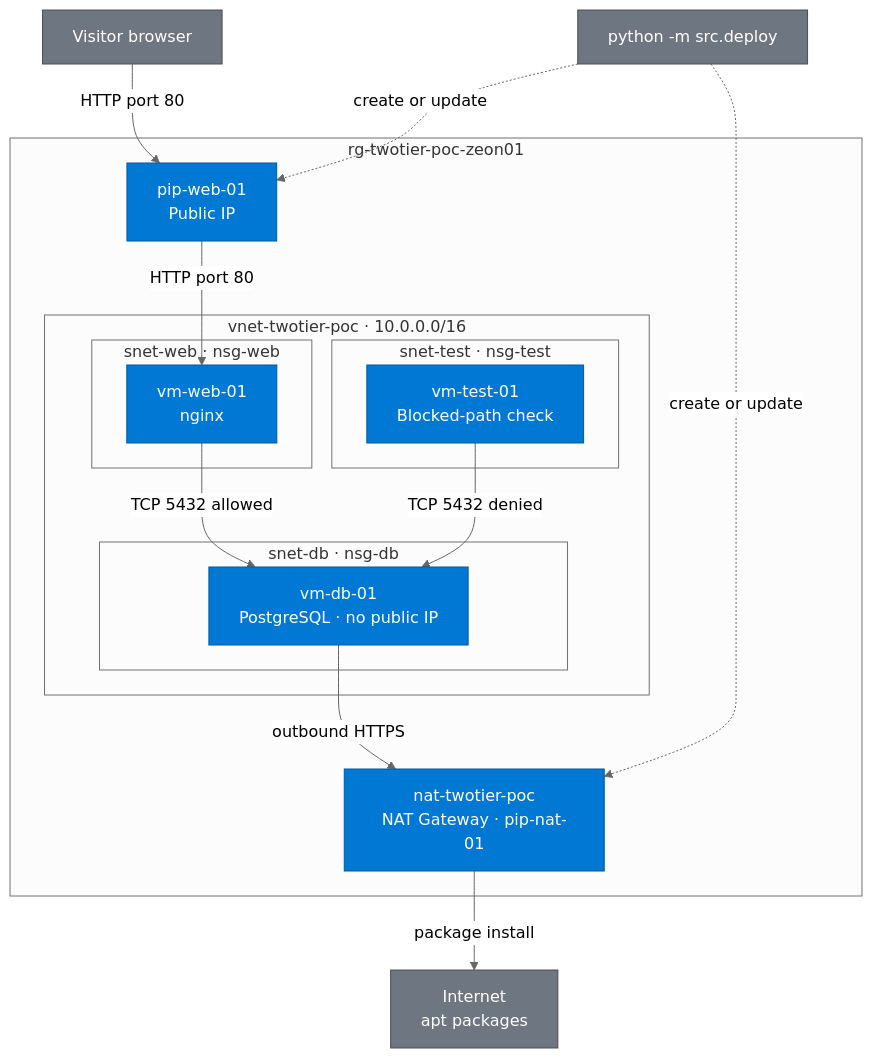
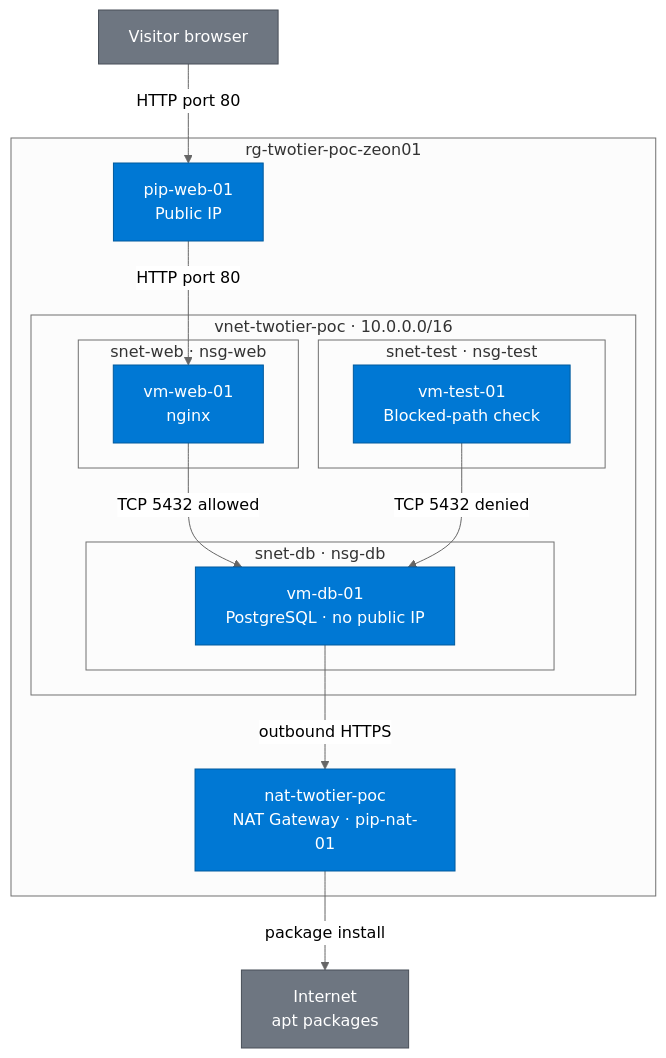
One commit to zsociety47/azure-two-tier-network-poc changed the diagram in README.md. Above: the diagram before and after it, drawn with Mermaid (neutral theme). The commit also changed other lines of this file, not shown here.

Commit message:
Drop the deploy arrows that wrapped around the two-tier diagram.

````diff
--- a/README.md
+++ b/README.md
@@ -344,37 +344,34 @@
 ```mermaid
 flowchart TD
     visitor["Visitor browser"]
-    deploy["python -m src.deploy"]
     packages["Internet<br/>apt packages"]
 
     subgraph rg["rg-twotier-poc-zeon01"]
         pip["pip-web-01<br/>Public IP"]
         nat["nat-twotier-poc<br/>NAT Gateway · pip-nat-01"]
         subgraph vnet["vnet-twotier-poc · 10.0.0.0/16"]
             subgraph web["snet-web · nsg-web"]
                 vmweb["vm-web-01<br/>nginx"]
             end
             subgraph db["snet-db · nsg-db"]
                 vmdb["vm-db-01<br/>PostgreSQL · no public IP"]
             end
             subgraph test["snet-test · nsg-test"]
                 vmtest["vm-test-01<br/>Blocked-path check"]
             end
         end
     end
 
     visitor -- "HTTP port 80" --> pip
     pip -- "HTTP port 80" --> vmweb
     vmweb -- "TCP 5432 allowed" --> vmdb
     vmtest -- "TCP 5432 denied" --> vmdb
     vmdb -- "outbound HTTPS" --> nat
     nat -- "package install" --> packages
-    deploy -. "create or update" .-> pip
-    deploy -. "create or update" .-> nat
 
     classDef azure fill:#0078d4,stroke:#005a9e,color:#fff
     classDef external fill:#6e7681,stroke:#484f58,color:#fff
 
     class pip,vmweb,vmdb,vmtest,nat azure
-    class visitor,deploy,packages external
+    class visitor,packages external
 ```
````
